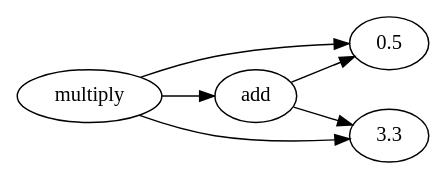
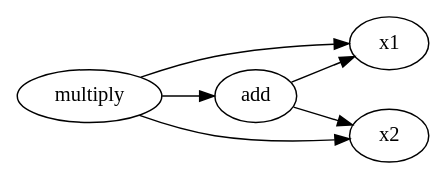
One commit to WackAlley/worksheet changed the diagram in project2/graph_out/tt/function2.gv. Above: the diagram before and after it, drawn with Graphviz. The commit also changed 11 other files, not shown here.

```diff
--- a/project2/graph_out/tt/function2.gv
+++ b/project2/graph_out/tt/function2.gv
@@ -1,14 +1,14 @@
 digraph function2 {
 	rankdir=LR
-	140130321286352 [label=multiply]
-	140130325591888 [label=0.5]
-	140130321286352 -> 140130325591888
-	140130325593808 [label=3.3]
-	140130321286352 -> 140130325593808
-	140133345466384 [label=add]
-	140130321286352 -> 140133345466384
-	140130325591888 [label=0.5]
-	140133345466384 -> 140130325591888
-	140130325593808 [label=3.3]
-	140133345466384 -> 140130325593808
+	139896274198480 [label=multiply]
+	139896267254160 [label=x1]
+	139896274198480 -> 139896267254160
+	139896267254480 [label=x2]
+	139896274198480 -> 139896267254480
+	139896287209648 [label=add]
+	139896274198480 -> 139896287209648
+	139896267254160 [label=x1]
+	139896287209648 -> 139896267254160
+	139896267254480 [label=x2]
+	139896287209648 -> 139896267254480
 }
```
